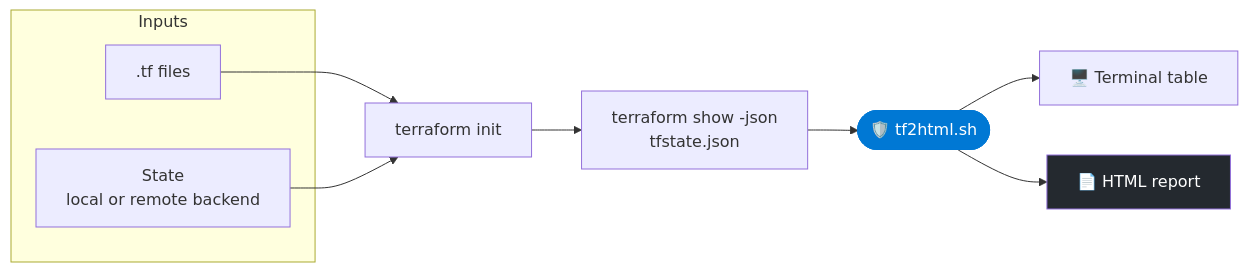
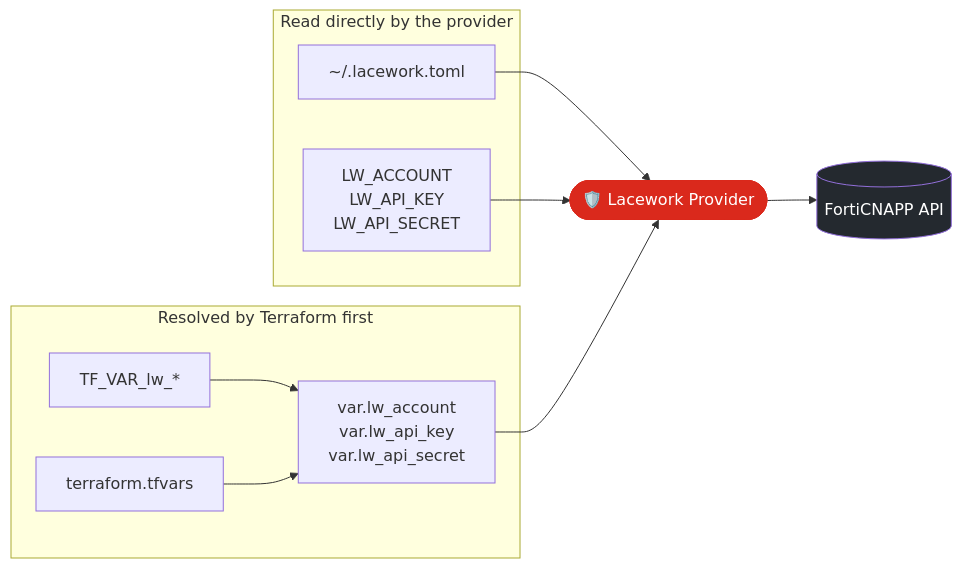
One commit to svuillaume/cnapp_az changed the first of 2 diagrams in README.md. Above: the diagram before and after it, drawn with Mermaid. The commit also changed other lines of this file, not shown here.

````diff
--- a/README.md
+++ b/README.md
@@ -32,16 +36,21 @@
 ```mermaid
 flowchart LR
-    subgraph IN["Inputs"]
-        C[".tf files"]
-        S["State<br/>local or remote backend"]
+    subgraph Direct["Read directly by the provider"]
+        A["~/.lacework.toml"]
+        B["LW_ACCOUNT<br/>LW_API_KEY<br/>LW_API_SECRET"]
     end
-    C --> I["terraform init"]
-    S --> I
-    I --> J["terraform show -json<br/>tfstate.json"]
-    J --> T(["🛡️ tf2html.sh"])
-    T --> O1["🖥️ Terminal table"]
-    T --> O2["📄 HTML report"]
+    subgraph TF["Resolved by Terraform first"]
+        C["TF_VAR_lw_*"]
+        D["terraform.tfvars"]
+        V["var.lw_account<br/>var.lw_api_key<br/>var.lw_api_secret"]
+        C --> V
+        D --> V
+    end
+    A --> P(["🛡️ Lacework Provider"])
+    B --> P
+    V --> P
+    P --> F[("FortiCNAPP API")]
 
-    style T fill:#0078D4,color:#fff,stroke:#0078D4
-    style O2 fill:#24292f,color:#fff
+    style P fill:#DA291C,color:#fff,stroke:#DA291C
+    style F fill:#24292f,color:#fff
 ```
````
